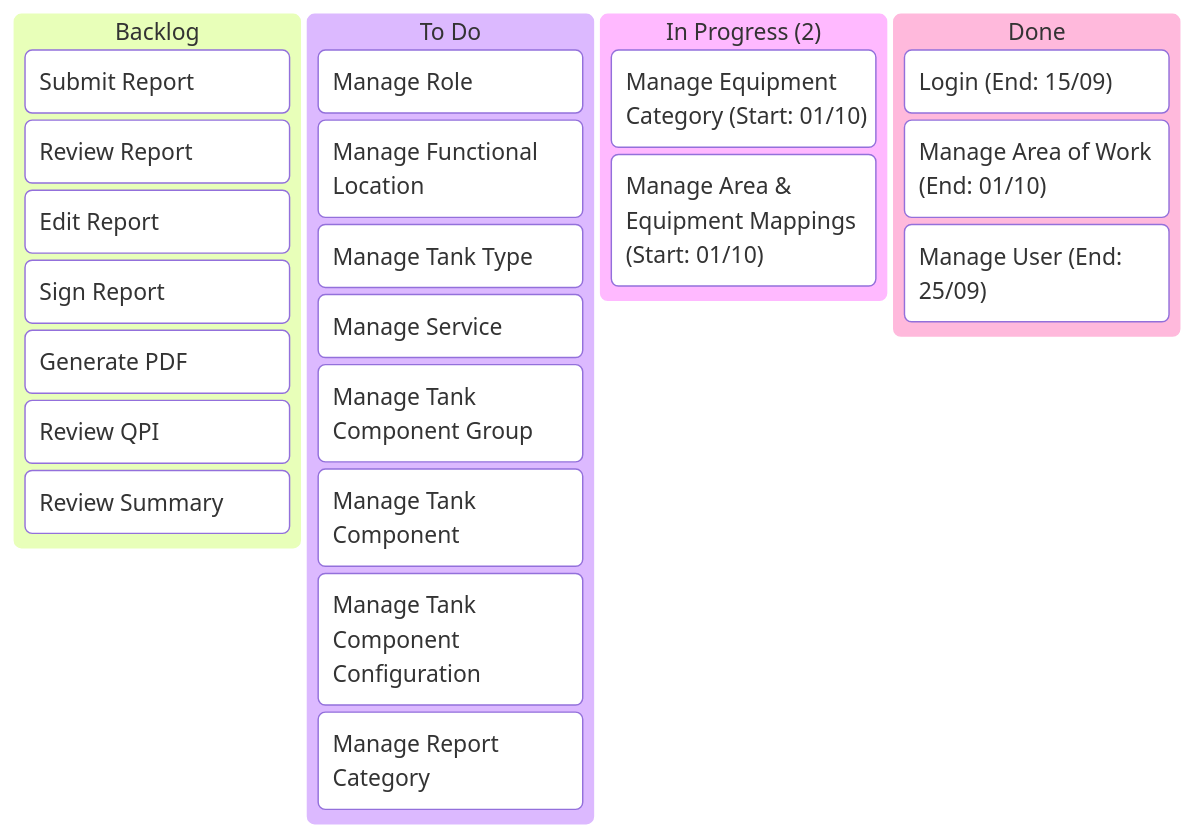
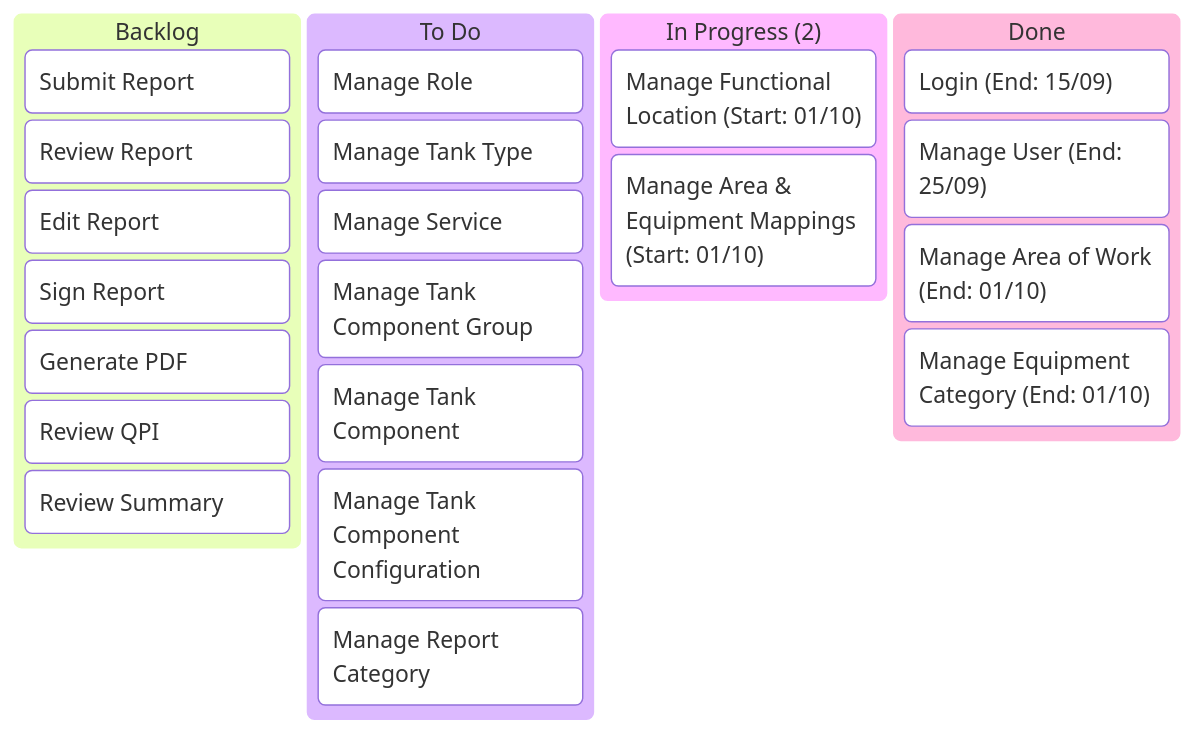
The diagram in Kanban/02-Kanban.md (billdansr/kanban-boc-om), drawn with Mermaid before and after one commit.

Commit message:
vault backup: 2025-10-01 15:34:19
Manage Equipment Category done in 01/10
Manage Area & Equipment Mappings started in 01/10

````diff
--- a/Kanban/02-Kanban.md
+++ b/Kanban/02-Kanban.md
@@ -3,31 +3,31 @@
 ```mermaid
 kanban
   backlog[Backlog]
 	  b2[Submit Report]
 	  b3[Review Report]
 	  b4[Edit Report]
 	  b5[Sign Report]
 	  b6[Generate PDF]
 	  b7[Review QPI]
 	  b8[Review Summary]
 
   todo[To Do]
 	  t10[Manage Role]
 	  
-	  t13[Manage Functional Location]
 	  t14[Manage Tank Type]
 	  t15[Manage Service]
 	  t16[Manage Tank Component Group]
 	  t17[Manage Tank Component]
 	  t18[Manage Tank Component Configuration]
 	  t19[Manage Report Category]
 
   inprogress["In Progress (2)"]
-	  i12["Manage Equipment Category (Start: 01/10)"]
+	  i13["Manage Functional Location (Start: 01/10)"]
 	  i20["Manage Area & Equipment Mappings (Start: 01/10)"]
 
   done[Done]
 	  d1["Login (End: 15/09)"]
+	  d9["Manage User (End: 25/09)"]
 	  d11["Manage Area of Work (End: 01/10)"]
-	  d9["Manage User (End: 25/09)"]
+	  d12["Manage Equipment Category (End: 01/10)"]
 ```
````
